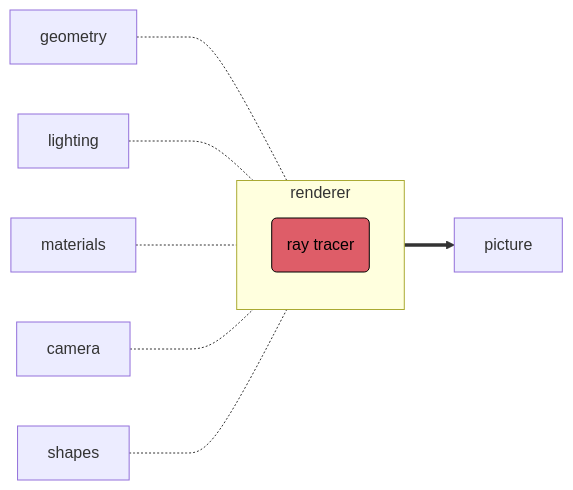
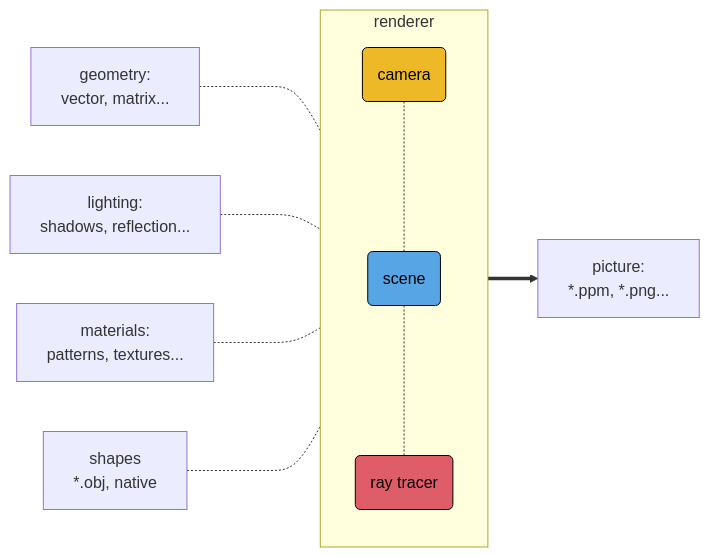
Before and after one commit to rsdlt/rsdlt.github.io: the first of 2 diagrams in _drafts/ruxel-1-part-rust-ray-tracer-renderer-3d-development.md, drawn with Mermaid. The commit also changed other lines of this file, not shown here.

````diff
--- a/_drafts/ruxel-1-part-rust-ray-tracer-renderer-3d-development.md
+++ b/_drafts/ruxel-1-part-rust-ray-tracer-renderer-3d-development.md
@@ -34,13 +34,15 @@
 ```mermaid
 flowchart LR 
-    geometry -..- renderer 
-    lighting -..- renderer
-    materials -..- renderer
-    camera -..- renderer
-    renderer ==> picture
-    shapes -..- renderer
+    idg[geometry:\n vector, matrix...] -..- renderer 
+    idl[lighting:\n shadows, reflection...] -..- renderer
+    idm[materials:\n patterns, textures...] -..- renderer
+    renderer ==> idp[picture:\n *.ppm, *.png...]
+    ids[shapes\n *.obj, native] -..- renderer
     subgraph renderer
-    ge(ray tracer)
+        direction TB 
+        scc(camera) -..- sc(scene) -..- rt(ray tracer)
     end
-    style ge fill:#de5d68,color:#000,stroke:#000;
+    style rt fill:#de5d68,color:#000,stroke:#000;
+    style sc fill:#57a5e5,color:#000,stroke:#000;
+    style scc fill:#eeb927,color:#000,stroke:#000;
 ```
````
